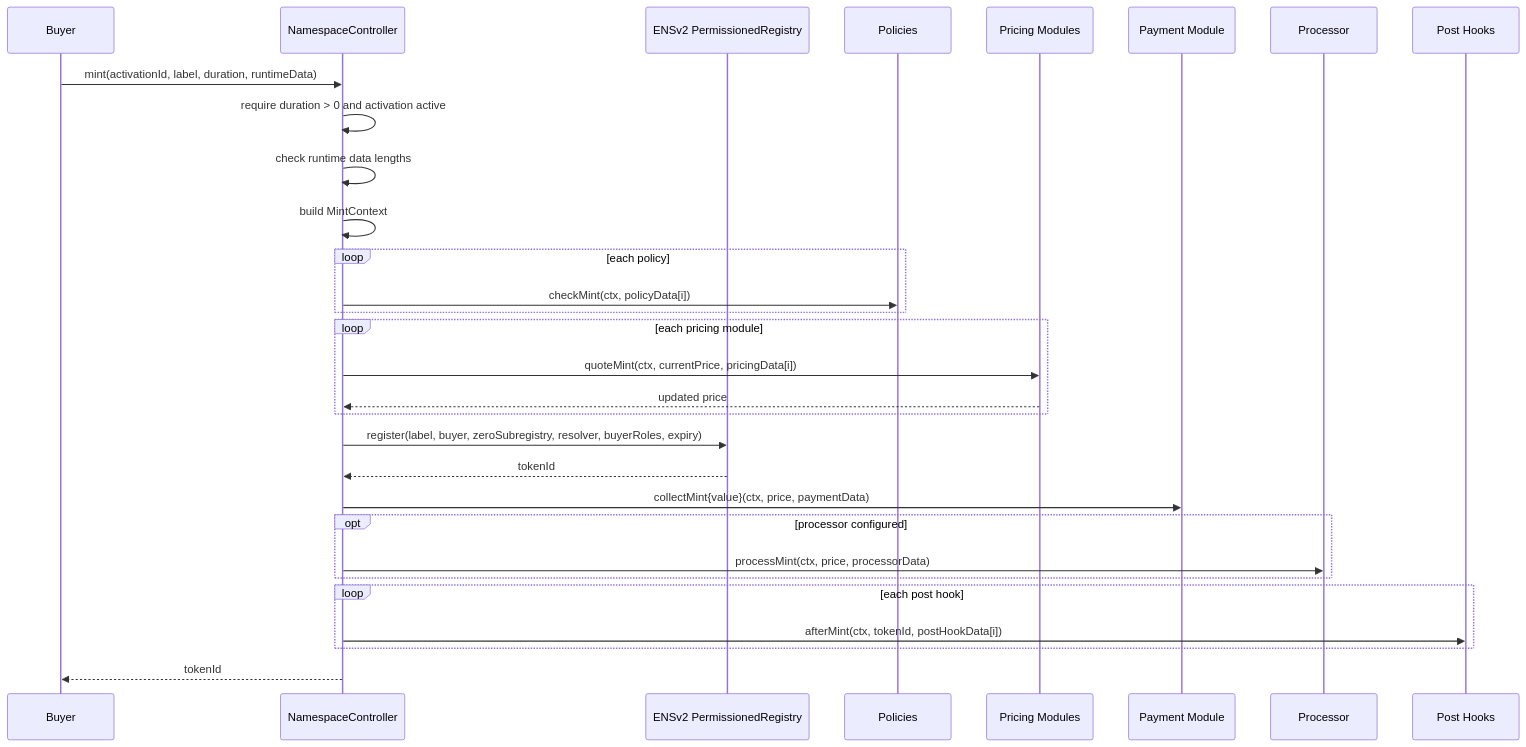
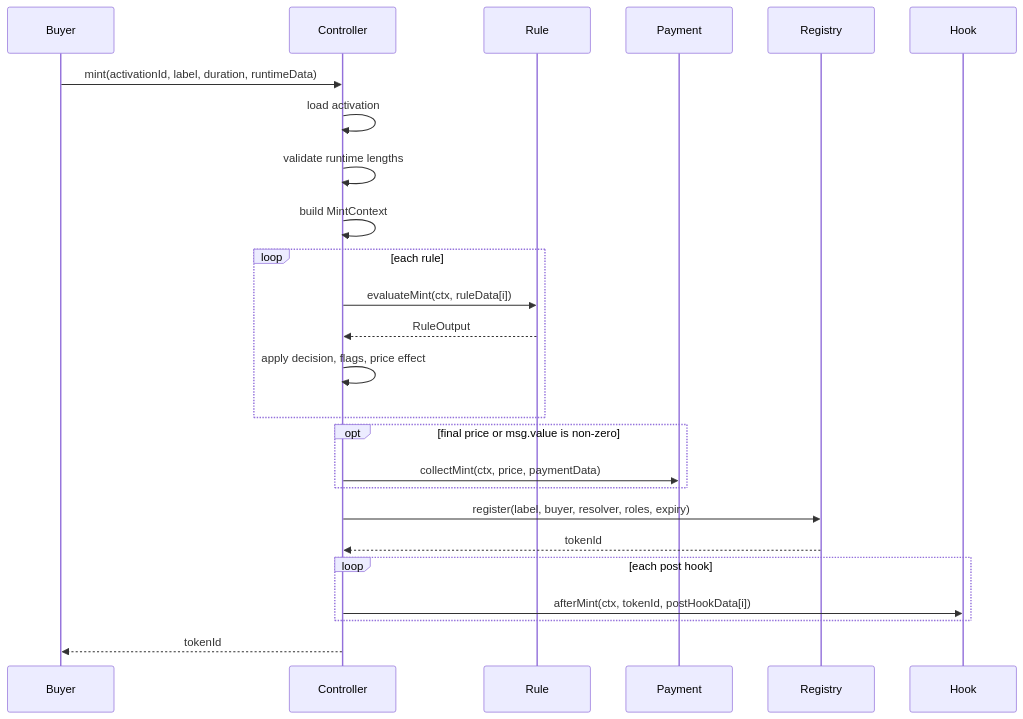
Before and after one commit to envoy1084/namespace-contracts-v2: the first of 2 diagrams in docs/03-mint-and-renewal-flow.md, drawn with Mermaid. The commit also changed other lines of this file and 54 other files, not shown here.

Commit message:
refactor: remove legacy policy pricing modules

````diff
--- a/docs/03-mint-and-renewal-flow.md
+++ b/docs/03-mint-and-renewal-flow.md
@@ -33,33 +38,28 @@
 ```mermaid
 sequenceDiagram
     participant Buyer
-    participant Controller as NamespaceController
-    participant Registry as ENSv2 PermissionedRegistry
-    participant Policy as Policies
-    participant Pricing as Pricing Modules
-    participant Payment as Payment Module
-    participant Processor as Processor
-    participant Hook as Post Hooks
+    participant Controller
+    participant Rule
+    participant Payment
+    participant Registry
+    participant Hook
 
     Buyer->>Controller: mint(activationId, label, duration, runtimeData)
-    Controller->>Controller: require duration > 0 and activation active
-    Controller->>Controller: check runtime data lengths
+    Controller->>Controller: load activation
+    Controller->>Controller: validate runtime lengths
     Controller->>Controller: build MintContext
-    loop each policy
-        Controller->>Policy: checkMint(ctx, policyData[i])
+    loop each rule
+        Controller->>Rule: evaluateMint(ctx, ruleData[i])
+        Rule-->>Controller: RuleOutput
+        Controller->>Controller: apply decision, flags, price effect
     end
-    loop each pricing module
-        Controller->>Pricing: quoteMint(ctx, currentPrice, pricingData[i])
-        Pricing-->>Controller: updated price
+    opt final price or msg.value is non-zero
+        Controller->>Payment: collectMint(ctx, price, paymentData)
     end
-    Controller->>Registry: register(label, buyer, zeroSubregistry, resolver, buyerRoles, expiry)
+    Controller->>Registry: register(label, buyer, resolver, roles, expiry)
     Registry-->>Controller: tokenId
-    Controller->>Payment: collectMint{value}(ctx, price, paymentData)
-    opt processor configured
-        Controller->>Processor: processMint(ctx, price, processorData)
-    end
     loop each post hook
         Controller->>Hook: afterMint(ctx, tokenId, postHookData[i])
     end
     Controller-->>Buyer: tokenId
 ```
````
